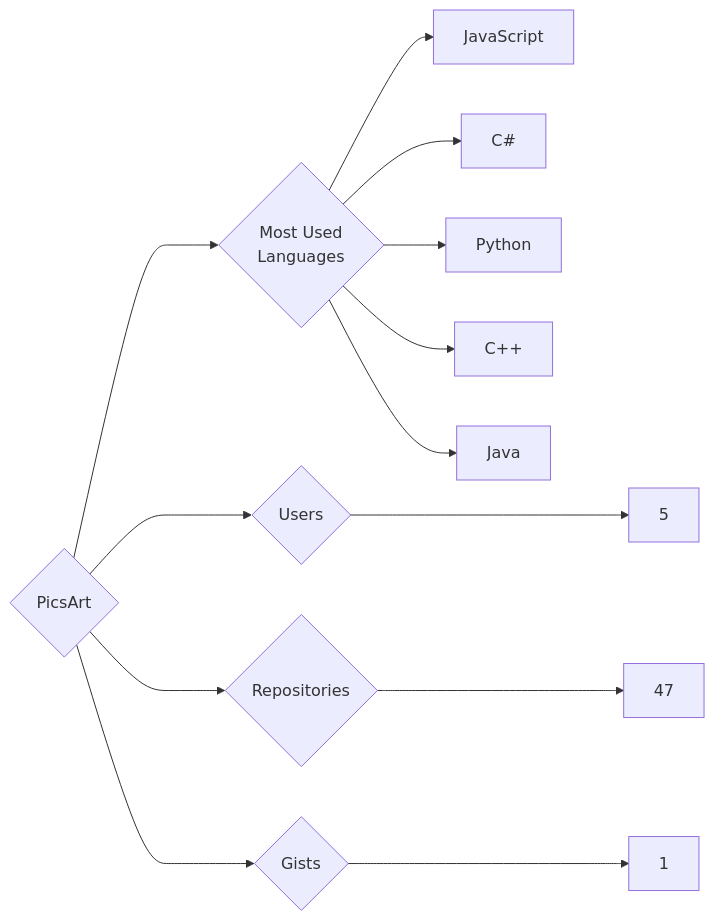
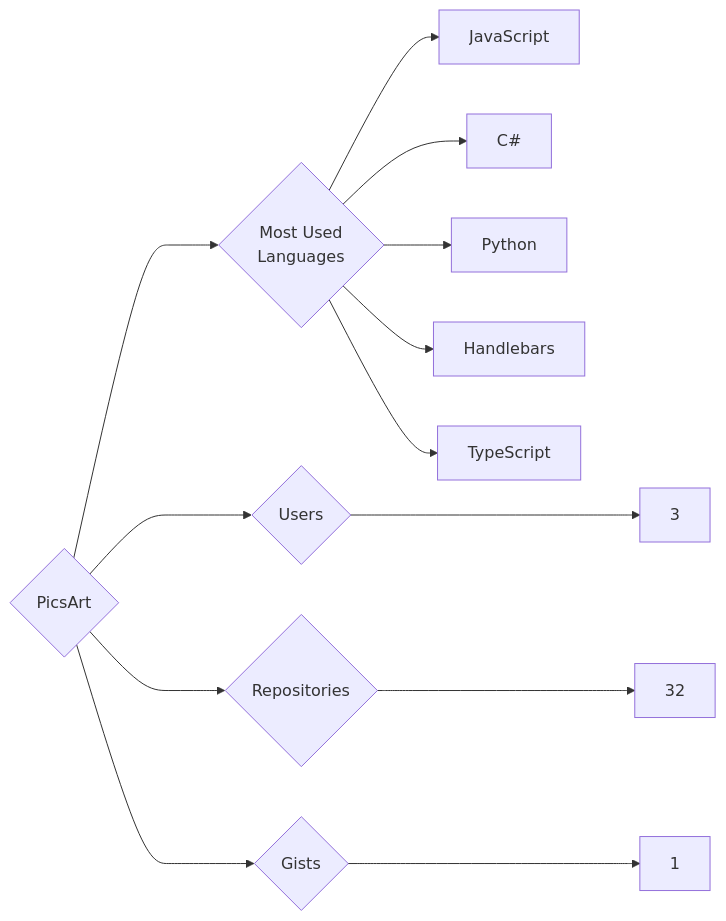
The diagram in targets/PicsArt/README.md (trickest/insiders), drawn with Mermaid before and after one commit. The commit also changed 898 other files, not shown here.

````diff
--- a/targets/PicsArt/README.md
+++ b/targets/PicsArt/README.md
@@ -3,13 +3,13 @@
 ```mermaid
 graph LR
 COMPANY_NAME{PicsArt}
-COMPANY_NAME ---> U{Users} ---> UN[5]
-COMPANY_NAME ---> R{Repositories} ---> RN[47]
+COMPANY_NAME ---> U{Users} ---> UN[3]
+COMPANY_NAME ---> R{Repositories} ---> RN[32]
 COMPANY_NAME ---> G{Gists} ---> GN[1]
 COMPANY_NAME ---> ML{Most Used<br>Languages}
 ML --> JavaScript[JavaScript]
 ML --> C#[C#]
 ML --> Python[Python]
-ML --> C++[C++]
-ML --> Java[Java]
+ML --> Handlebars[Handlebars]
+ML --> TypeScript[TypeScript]
 ```
````
